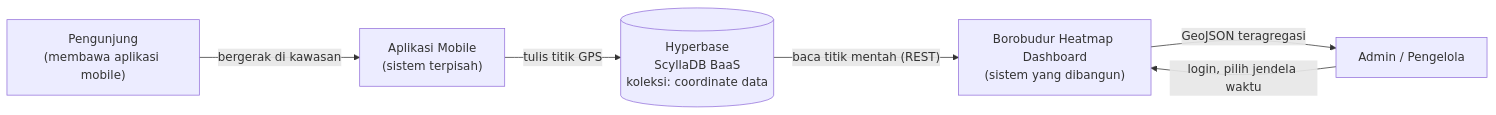
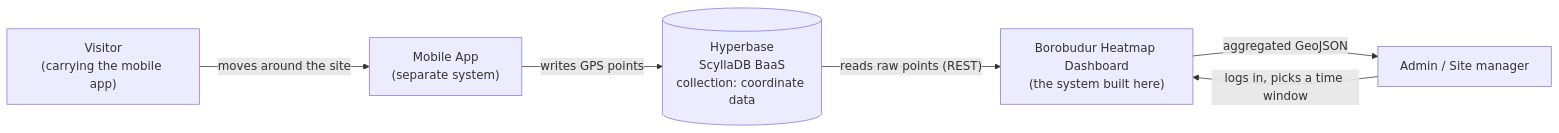
The first of 8 diagrams in docs/BLUEPRINT.md (Hitchgernn/heatmap-dashboard), drawn with Mermaid before and after one commit. The commit also changed other lines of this file and 11 other files, not shown here.

````diff
--- a/docs/BLUEPRINT.md
+++ b/docs/BLUEPRINT.md
@@ -259,14 +244,14 @@
 ```mermaid
 flowchart LR
-    Visitor["Pengunjung<br/>(membawa aplikasi mobile)"]
-    MobileApp["Aplikasi Mobile<br/>(sistem terpisah)"]
-    Hyperbase[("Hyperbase<br/>ScyllaDB BaaS<br/>koleksi: coordinate data")]
-    System["Borobudur Heatmap Dashboard<br/>(sistem yang dibangun)"]
-    Admin["Admin / Pengelola"]
+    Visitor["Visitor<br/>(carrying the mobile app)"]
+    MobileApp["Mobile App<br/>(separate system)"]
+    Hyperbase[("Hyperbase<br/>ScyllaDB BaaS<br/>collection: coordinate data")]
+    System["Borobudur Heatmap Dashboard<br/>(the system built here)"]
+    Admin["Admin / Site manager"]
 
-    Visitor -->|"bergerak di kawasan"| MobileApp
-    MobileApp -->|"tulis titik GPS"| Hyperbase
-    Hyperbase -->|"baca titik mentah (REST)"| System
-    System -->|"GeoJSON teragregasi"| Admin
-    Admin -->|"login, pilih jendela waktu"| System
+    Visitor -->|"moves around the site"| MobileApp
+    MobileApp -->|"writes GPS points"| Hyperbase
+    Hyperbase -->|"reads raw points (REST)"| System
+    System -->|"aggregated GeoJSON"| Admin
+    Admin -->|"logs in, picks a time window"| System
 ```
````
